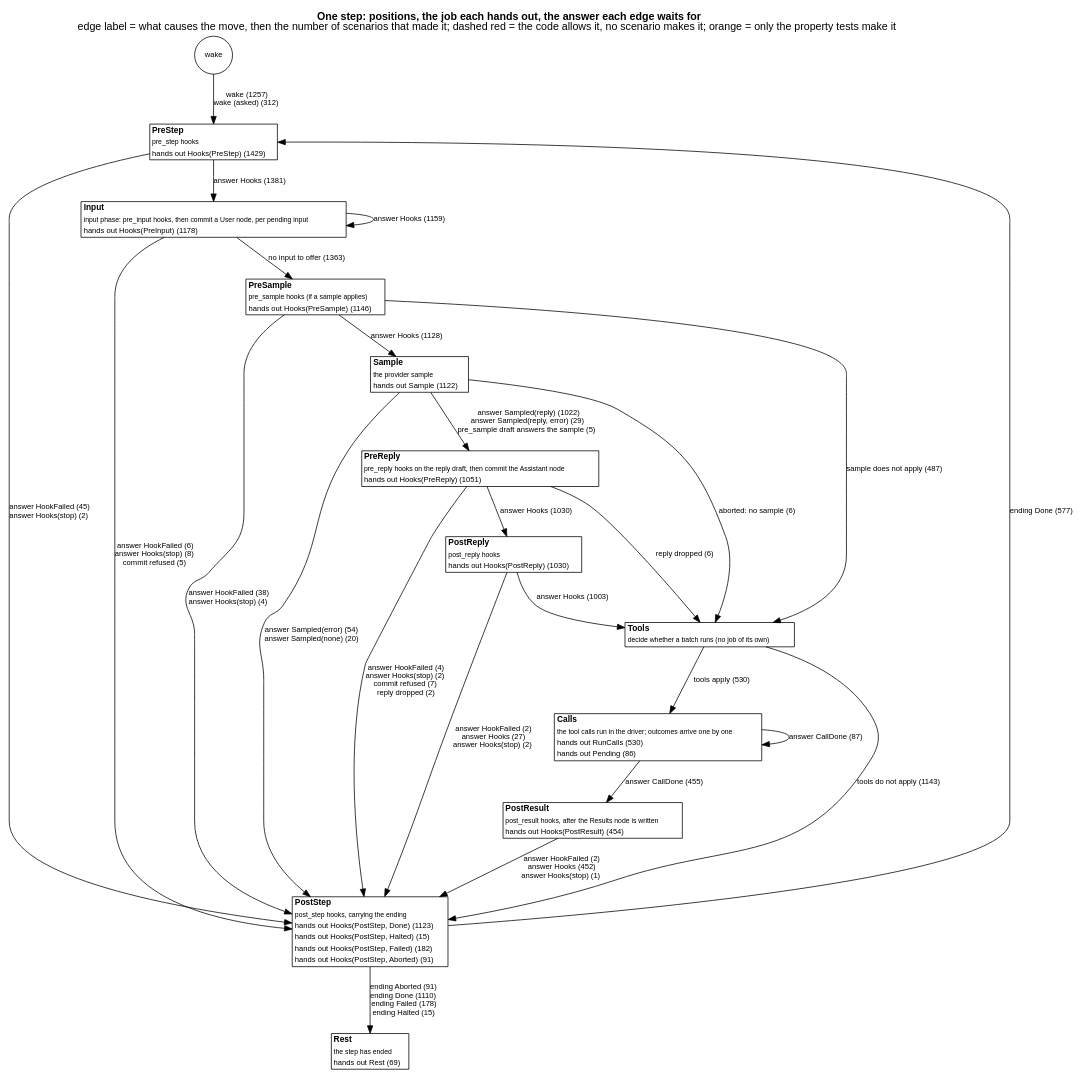
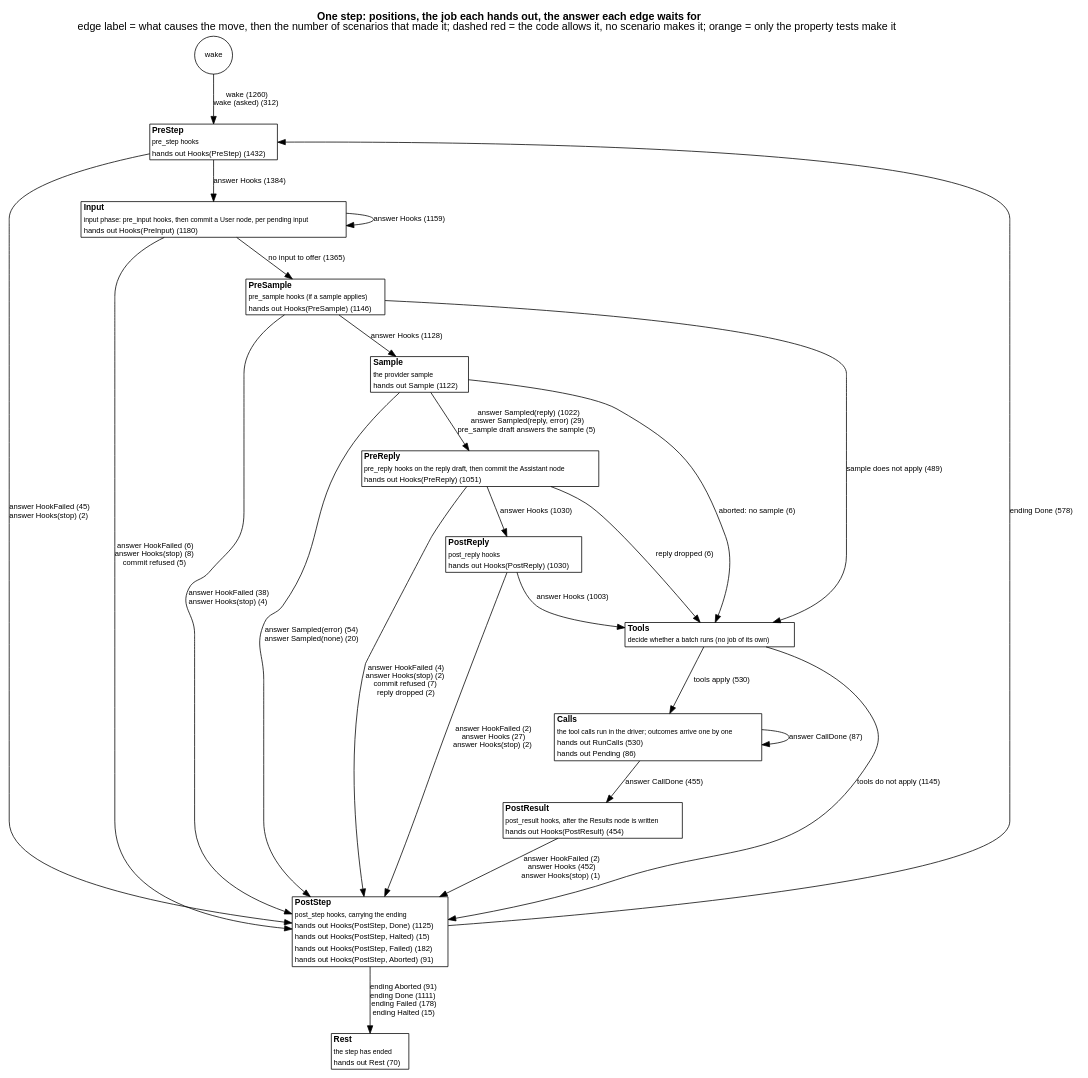
Before and after one commit to jmccardle/tau: the diagram in docs/as-built/diagrams/step-positions.dot, drawn with Graphviz. The commit also changed 17 other files, not shown here.

First line of the commit message:
Session.send: input and auto-step on as one call

```diff
--- a/docs/as-built/diagrams/step-positions.dot
+++ b/docs/as-built/diagrams/step-positions.dot
@@ -1,42 +1,42 @@
 // Generated by scripts/diagrams.sh from the test suites' transitions. Do not edit.
 digraph step_positions {
   graph [rankdir=TB, fontname="Helvetica", nodesep=0.5, ranksep=0.6, labelloc=t, label=<<b>One step: positions, the job each hands out, the answer each edge waits for</b><br/>edge label = what causes the move, then the number of scenarios that made it; dashed red = the code allows it, no scenario makes it; orange = only the property tests make it>];
   node [shape=plain, fontname="Helvetica", fontsize=11];
   edge [fontname="Helvetica", fontsize=10];
   "(wake)" [shape=circle, label="wake", fontsize=10];
-  "PreStep" [label=<<table border="1" cellborder="0" cellspacing="0" bgcolor="white"><tr><td align="left"><b>PreStep</b></td></tr><tr><td align="left"><font point-size="9">pre_step hooks</font></td></tr><tr><td align="left"><font color="black" point-size="10">hands out Hooks(PreStep) (1429)</font></td></tr></table>>];
-  "Input" [label=<<table border="1" cellborder="0" cellspacing="0" bgcolor="white"><tr><td align="left"><b>Input</b></td></tr><tr><td align="left"><font point-size="9">input phase: pre_input hooks, then commit a User node, per pending input</font></td></tr><tr><td align="left"><font color="black" point-size="10">hands out Hooks(PreInput) (1178)</font></td></tr></table>>];
+  "PreStep" [label=<<table border="1" cellborder="0" cellspacing="0" bgcolor="white"><tr><td align="left"><b>PreStep</b></td></tr><tr><td align="left"><font point-size="9">pre_step hooks</font></td></tr><tr><td align="left"><font color="black" point-size="10">hands out Hooks(PreStep) (1432)</font></td></tr></table>>];
+  "Input" [label=<<table border="1" cellborder="0" cellspacing="0" bgcolor="white"><tr><td align="left"><b>Input</b></td></tr><tr><td align="left"><font point-size="9">input phase: pre_input hooks, then commit a User node, per pending input</font></td></tr><tr><td align="left"><font color="black" point-size="10">hands out Hooks(PreInput) (1180)</font></td></tr></table>>];
   "PreSample" [label=<<table border="1" cellborder="0" cellspacing="0" bgcolor="white"><tr><td align="left"><b>PreSample</b></td></tr><tr><td align="left"><font point-size="9">pre_sample hooks (if a sample applies)</font></td></tr><tr><td align="left"><font color="black" point-size="10">hands out Hooks(PreSample) (1146)</font></td></tr></table>>];
   "Sample" [label=<<table border="1" cellborder="0" cellspacing="0" bgcolor="white"><tr><td align="left"><b>Sample</b></td></tr><tr><td align="left"><font point-size="9">the provider sample</font></td></tr><tr><td align="left"><font color="black" point-size="10">hands out Sample (1122)</font></td></tr></table>>];
   "PreReply" [label=<<table border="1" cellborder="0" cellspacing="0" bgcolor="white"><tr><td align="left"><b>PreReply</b></td></tr><tr><td align="left"><font point-size="9">pre_reply hooks on the reply draft, then commit the Assistant node</font></td></tr><tr><td align="left"><font color="black" point-size="10">hands out Hooks(PreReply) (1051)</font></td></tr></table>>];
   "PostReply" [label=<<table border="1" cellborder="0" cellspacing="0" bgcolor="white"><tr><td align="left"><b>PostReply</b></td></tr><tr><td align="left"><font point-size="9">post_reply hooks</font></td></tr><tr><td align="left"><font color="black" point-size="10">hands out Hooks(PostReply) (1030)</font></td></tr></table>>];
   "Tools" [label=<<table border="1" cellborder="0" cellspacing="0" bgcolor="white"><tr><td align="left"><b>Tools</b></td></tr><tr><td align="left"><font point-size="9">decide whether a batch runs (no job of its own)</font></td></tr></table>>];
   "Calls" [label=<<table border="1" cellborder="0" cellspacing="0" bgcolor="white"><tr><td align="left"><b>Calls</b></td></tr><tr><td align="left"><font point-size="9">the tool calls run in the driver; outcomes arrive one by one</font></td></tr><tr><td align="left"><font color="black" point-size="10">hands out RunCalls (530)</font></td></tr><tr><td align="left"><font color="black" point-size="10">hands out Pending (86)</font></td></tr></table>>];
   "PostResult" [label=<<table border="1" cellborder="0" cellspacing="0" bgcolor="white"><tr><td align="left"><b>PostResult</b></td></tr><tr><td align="left"><font point-size="9">post_result hooks, after the Results node is written</font></td></tr><tr><td align="left"><font color="black" point-size="10">hands out Hooks(PostResult) (454)</font></td></tr></table>>];
-  "PostStep" [label=<<table border="1" cellborder="0" cellspacing="0" bgcolor="white"><tr><td align="left"><b>PostStep</b></td></tr><tr><td align="left"><font point-size="9">post_step hooks, carrying the ending</font></td></tr><tr><td align="left"><font color="black" point-size="10">hands out Hooks(PostStep, Done) (1123)</font></td></tr><tr><td align="left"><font color="black" point-size="10">hands out Hooks(PostStep, Halted) (15)</font></td></tr><tr><td align="left"><font color="black" point-size="10">hands out Hooks(PostStep, Failed) (182)</font></td></tr><tr><td align="left"><font color="black" point-size="10">hands out Hooks(PostStep, Aborted) (91)</font></td></tr></table>>];
-  "Rest" [label=<<table border="1" cellborder="0" cellspacing="0" bgcolor="white"><tr><td align="left"><b>Rest</b></td></tr><tr><td align="left"><font point-size="9">the step has ended</font></td></tr><tr><td align="left"><font color="black" point-size="10">hands out Rest (69)</font></td></tr></table>>];
-  "(wake)" -> "PreStep" [label=<wake (1257)<br/>wake (asked) (312)>, color="black", style=solid];
+  "PostStep" [label=<<table border="1" cellborder="0" cellspacing="0" bgcolor="white"><tr><td align="left"><b>PostStep</b></td></tr><tr><td align="left"><font point-size="9">post_step hooks, carrying the ending</font></td></tr><tr><td align="left"><font color="black" point-size="10">hands out Hooks(PostStep, Done) (1125)</font></td></tr><tr><td align="left"><font color="black" point-size="10">hands out Hooks(PostStep, Halted) (15)</font></td></tr><tr><td align="left"><font color="black" point-size="10">hands out Hooks(PostStep, Failed) (182)</font></td></tr><tr><td align="left"><font color="black" point-size="10">hands out Hooks(PostStep, Aborted) (91)</font></td></tr></table>>];
+  "Rest" [label=<<table border="1" cellborder="0" cellspacing="0" bgcolor="white"><tr><td align="left"><b>Rest</b></td></tr><tr><td align="left"><font point-size="9">the step has ended</font></td></tr><tr><td align="left"><font color="black" point-size="10">hands out Rest (70)</font></td></tr></table>>];
+  "(wake)" -> "PreStep" [label=<wake (1260)<br/>wake (asked) (312)>, color="black", style=solid];
   "Calls" -> "Calls" [label=<answer CallDone (87)>, color="black", style=solid];
   "Calls" -> "PostResult" [label=<answer CallDone (455)>, color="black", style=solid];
   "Input" -> "Input" [label=<answer Hooks (1159)>, color="black", style=solid];
   "Input" -> "PostStep" [label=<answer HookFailed (6)<br/>answer Hooks(stop) (8)<br/>commit refused (5)>, color="black", style=solid];
-  "Input" -> "PreSample" [label=<no input to offer (1363)>, color="black", style=solid];
+  "Input" -> "PreSample" [label=<no input to offer (1365)>, color="black", style=solid];
   "PostReply" -> "PostStep" [label=<answer HookFailed (2)<br/>answer Hooks (27)<br/>answer Hooks(stop) (2)>, color="black", style=solid];
   "PostReply" -> "Tools" [label=<answer Hooks (1003)>, color="black", style=solid];
   "PostResult" -> "PostStep" [label=<answer HookFailed (2)<br/>answer Hooks (452)<br/>answer Hooks(stop) (1)>, color="black", style=solid];
-  "PostStep" -> "PreStep" [label=<ending Done (577)>, color="black", style=solid];
-  "PostStep" -> "Rest" [label=<ending Aborted (91)<br/>ending Done (1110)<br/>ending Failed (178)<br/>ending Halted (15)>, color="black", style=solid];
+  "PostStep" -> "PreStep" [label=<ending Done (578)>, color="black", style=solid];
+  "PostStep" -> "Rest" [label=<ending Aborted (91)<br/>ending Done (1111)<br/>ending Failed (178)<br/>ending Halted (15)>, color="black", style=solid];
   "PreReply" -> "PostReply" [label=<answer Hooks (1030)>, color="black", style=solid];
   "PreReply" -> "PostStep" [label=<answer HookFailed (4)<br/>answer Hooks(stop) (2)<br/>commit refused (7)<br/>reply dropped (2)>, color="black", style=solid];
   "PreReply" -> "Tools" [label=<reply dropped (6)>, color="black", style=solid];
   "PreSample" -> "PostStep" [label=<answer HookFailed (38)<br/>answer Hooks(stop) (4)>, color="black", style=solid];
   "PreSample" -> "Sample" [label=<answer Hooks (1128)>, color="black", style=solid];
-  "PreSample" -> "Tools" [label=<sample does not apply (487)>, color="black", style=solid];
-  "PreStep" -> "Input" [label=<answer Hooks (1381)>, color="black", style=solid];
+  "PreSample" -> "Tools" [label=<sample does not apply (489)>, color="black", style=solid];
+  "PreStep" -> "Input" [label=<answer Hooks (1384)>, color="black", style=solid];
   "PreStep" -> "PostStep" [label=<answer HookFailed (45)<br/>answer Hooks(stop) (2)>, color="black", style=solid];
   "Sample" -> "PostStep" [label=<answer Sampled(error) (54)<br/>answer Sampled(none) (20)>, color="black", style=solid];
   "Sample" -> "PreReply" [label=<answer Sampled(reply) (1022)<br/>answer Sampled(reply, error) (29)<br/>pre_sample draft answers the sample (5)>, color="black", style=solid];
   "Sample" -> "Tools" [label=<aborted: no sample (6)>, color="black", style=solid];
   "Tools" -> "Calls" [label=<tools apply (530)>, color="black", style=solid];
-  "Tools" -> "PostStep" [label=<tools do not apply (1143)>, color="black", style=solid];
+  "Tools" -> "PostStep" [label=<tools do not apply (1145)>, color="black", style=solid];
 }
```
